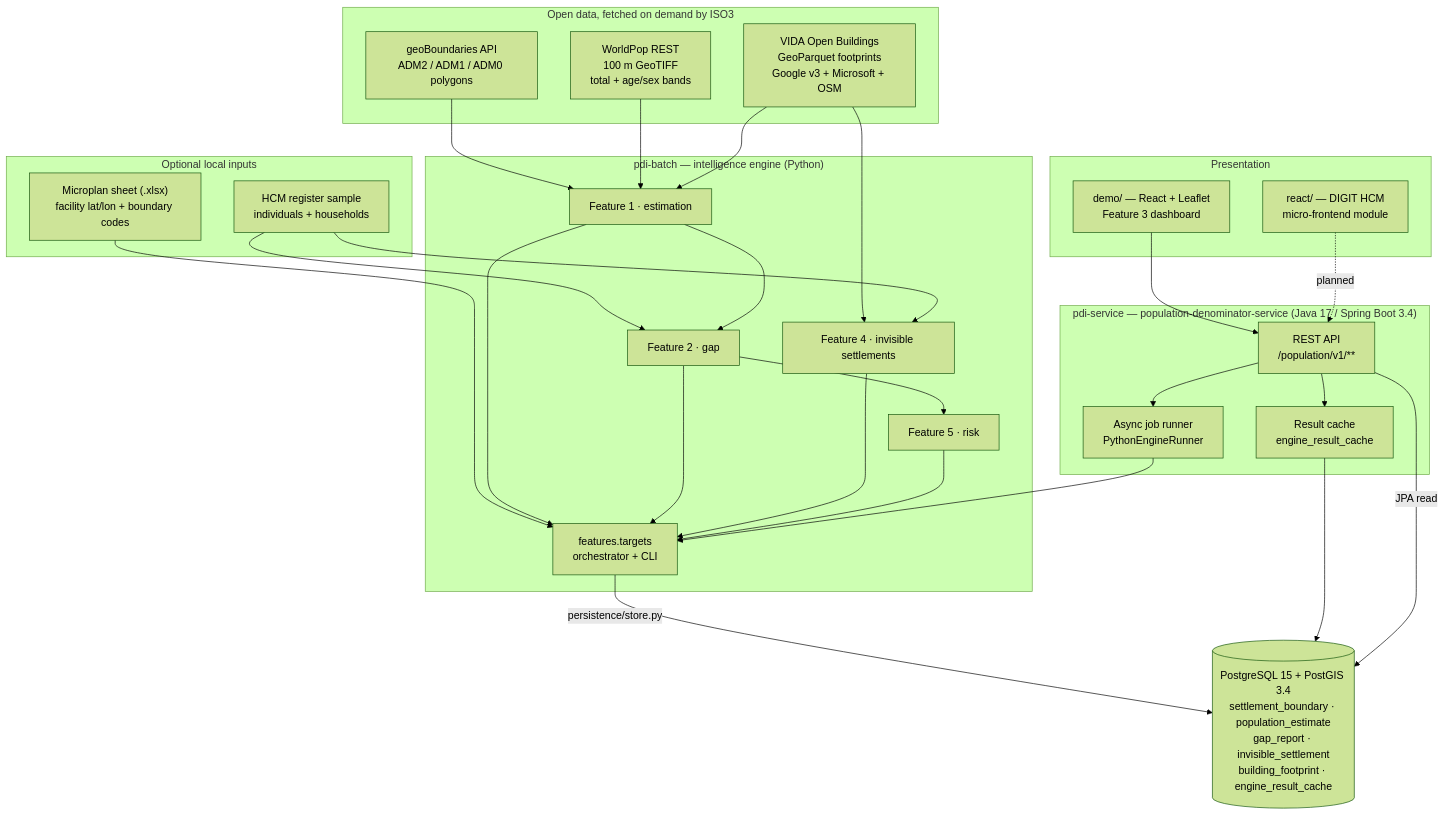
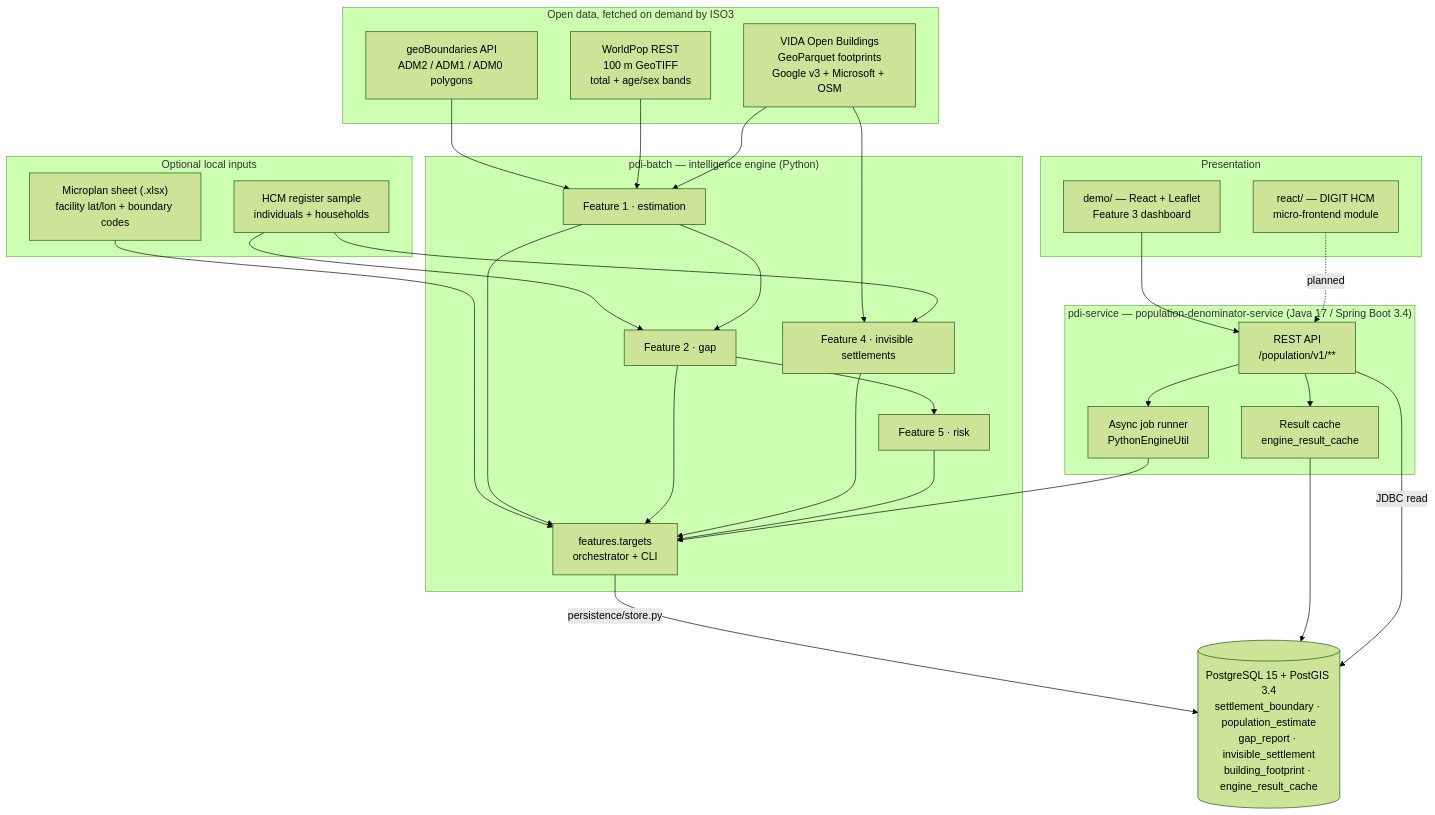
The first of 4 diagrams in PES-U/population-denominator-intelligence/README.md (egovernments/pes-university-projects), drawn with Mermaid (forest theme) before and after one commit. The commit also changed other lines of this file and 95 other files, not shown here.

````diff
--- a/PES-U/population-denominator-intelligence/README.md
+++ b/PES-U/population-denominator-intelligence/README.md
@@ -41,49 +41,49 @@
 ```mermaid
 graph TB
     subgraph Sources["Open data, fetched on demand by ISO3"]
         GB["geoBoundaries API<br/>ADM2 / ADM1 / ADM0 polygons"]
         WP["WorldPop REST<br/>100 m GeoTIFF<br/>total + age/sex bands"]
         VIDA["VIDA Open Buildings<br/>GeoParquet footprints<br/>Google v3 + Microsoft + OSM"]
     end
 
     subgraph Local["Optional local inputs"]
         SHEET["Microplan sheet (.xlsx)<br/>facility lat/lon + boundary codes"]
         REG["HCM register sample<br/>individuals + households"]
     end
 
     subgraph Engine["pdi-batch — intelligence engine (Python)"]
         F1["Feature 1 · estimation"]
         F2["Feature 2 · gap"]
         F4["Feature 4 · invisible settlements"]
         F5["Feature 5 · risk"]
         TGT["features.targets<br/>orchestrator + CLI"]
     end
 
     subgraph Service["pdi-service — population-denominator-service (Java 17 / Spring Boot 3.4)"]
-        JOB["Async job runner<br/>PythonEngineRunner"]
+        JOB["Async job runner<br/>PythonEngineUtil"]
         CACHE["Result cache<br/>engine_result_cache"]
         API["REST API<br/>/population/v1/**"]
     end
 
     PG[("PostgreSQL 15 + PostGIS 3.4<br/>settlement_boundary · population_estimate<br/>gap_report · invisible_settlement<br/>building_footprint · engine_result_cache")]
 
     subgraph UI["Presentation"]
         DEMO["demo/ — React + Leaflet<br/>Feature 3 dashboard"]
         DIGIT["react/ — DIGIT HCM<br/>micro-frontend module"]
     end
 
     GB --> F1
     WP --> F1
     VIDA --> F1 & F4
     SHEET --> TGT
     REG --> F2 & F4
     F1 --> F2 --> F5
     F1 & F2 & F4 & F5 --> TGT
     TGT -->|persistence/store.py| PG
     JOB --> TGT
     API --> JOB
     API --> CACHE --> PG
-    API -->|JPA read| PG
+    API -->|JDBC read| PG
     DEMO --> API
     DIGIT -. planned .-> API
 ```
````
